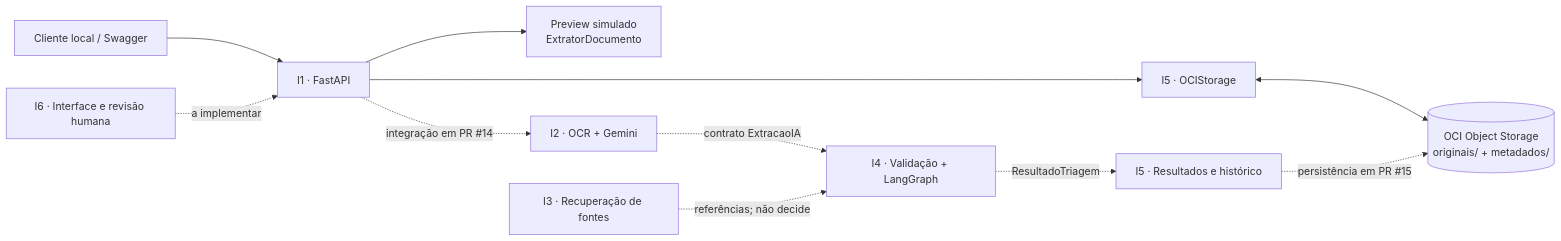
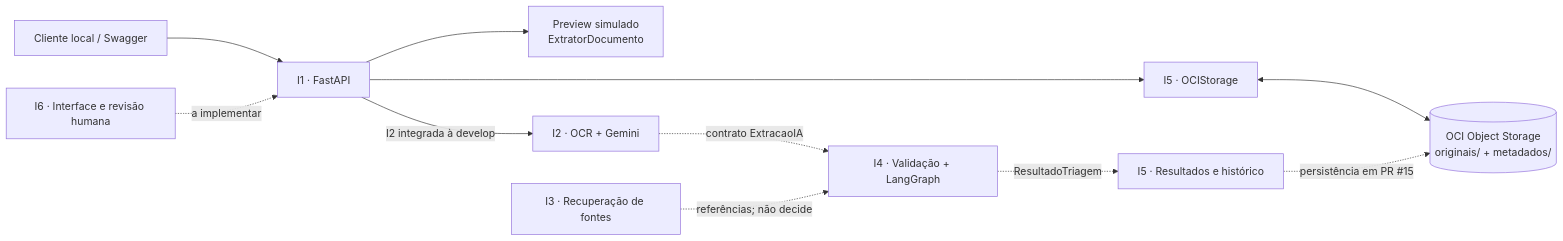
One commit to No-Country-simulation/G10-BRASIL-EQUIPO17 changed the first of 2 diagrams in README.md. Above: the diagram before and after it, drawn with Mermaid. The commit also changed other lines of this file and 2 other files, not shown here.

````diff
--- a/README.md
+++ b/README.md
@@ -51,13 +51,13 @@
 ```mermaid
 flowchart LR
     CLIENTE["Cliente local / Swagger"] --> API["I1 · FastAPI"]
     API --> STO["I5 · OCIStorage"]
     STO <--> OCI[("OCI Object Storage\noriginais/ + metadados/")]
     API --> PREVIEW["Preview simulado\nExtratorDocumento"]
-    API -. "integração em PR #14" .-> EXTRACAO["I2 · OCR + Gemini"]
+    API -->|I2 integrada à develop| EXTRACAO["I2 · OCR + Gemini"]
     EXTRACAO -. "contrato ExtracaoIA" .-> AGENTE["I4 · Validação + LangGraph"]
     RAG["I3 · Recuperação de fontes"] -. "referências; não decide" .-> AGENTE
     AGENTE -. "ResultadoTriagem" .-> PERSIST["I5 · Resultados e histórico"]
     PERSIST -. "persistência em PR #15" .-> OCI
     UI["I6 · Interface e revisão humana"] -. "a implementar" .-> API
 ```
````
